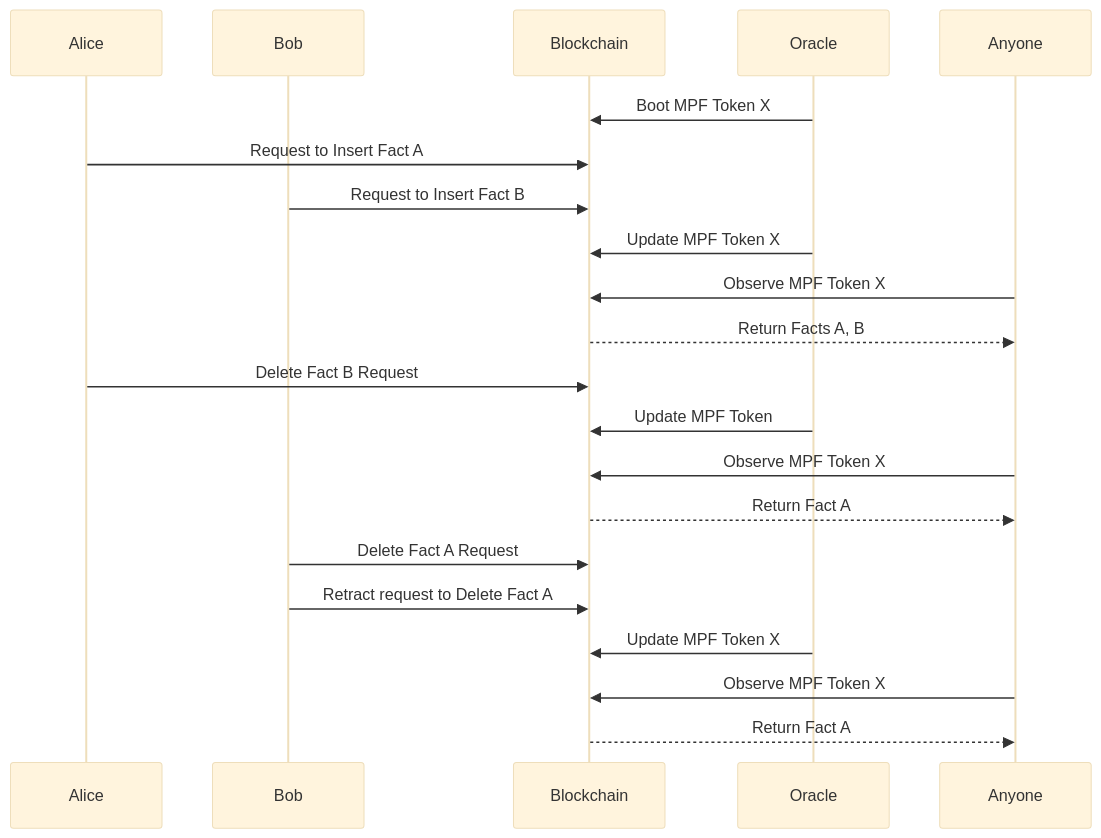
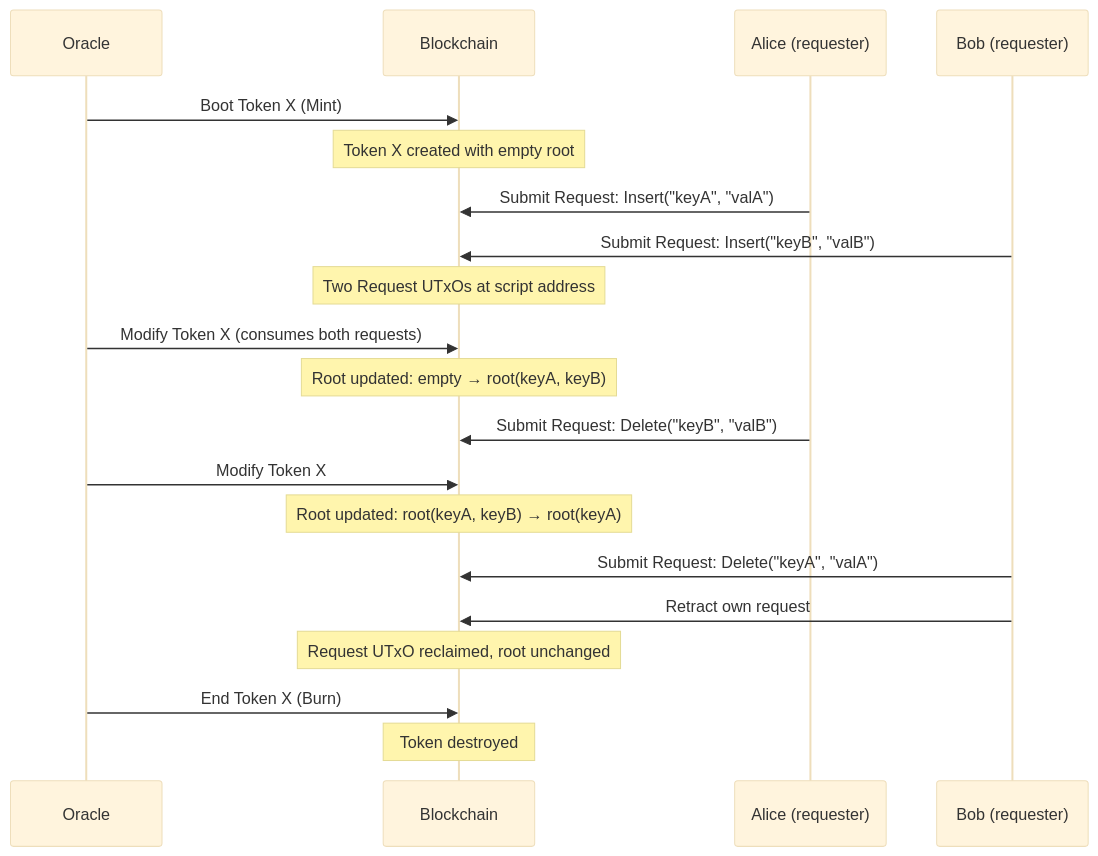
Before and after one commit to cardano-foundation/cardano-mpfs-onchain: the third of 3 diagrams in docs/architecture/overview.md, drawn with Mermaid (base theme). The commit also changed other lines of this file and 3 other files, not shown here.

````diff
--- a/docs/architecture/overview.md
+++ b/docs/architecture/overview.md
@@ -67,29 +73,28 @@
 ```mermaid
 sequenceDiagram
-    participant A as Alice
-    participant C as Bob
+    participant O as Oracle
     participant B as Blockchain
-    participant O as Oracle
-    participant Pub as Anyone
+    participant A as Alice (requester)
+    participant C as Bob (requester)
 
-    O->>B: Boot MPF Token X
+    O->>B: Boot Token X (Mint)
+    Note over B: Token X created with empty root
 
-    A->>B: Request to Insert Fact A
-    C->>B: Request to Insert Fact B
+    A->>B: Submit Request: Insert("keyA", "valA")
+    C->>B: Submit Request: Insert("keyB", "valB")
+    Note over B: Two Request UTxOs at script address
 
-    O->>B: Update MPF Token X
+    O->>B: Modify Token X (consumes both requests)
+    Note over B: Root updated: empty → root(keyA, keyB)
 
-    Pub->>B: Observe MPF Token X
-    B-->>Pub: Return Facts A, B
+    A->>B: Submit Request: Delete("keyB", "valB")
+    O->>B: Modify Token X
+    Note over B: Root updated: root(keyA, keyB) → root(keyA)
 
-    A->>B: Delete Fact B Request
-    O->>B: Update MPF Token
-    Pub->>B: Observe MPF Token X
-    B-->>Pub: Return Fact A
+    C->>B: Submit Request: Delete("keyA", "valA")
+    C->>B: Retract own request
+    Note over B: Request UTxO reclaimed, root unchanged
 
-    C->>B: Delete Fact A Request
-    C->>B: Retract request to Delete Fact A
-    O->>B: Update MPF Token X
-    Pub->>B: Observe MPF Token X
-    B-->>Pub: Return Fact A
+    O->>B: End Token X (Burn)
+    Note over B: Token destroyed
 ```
````
